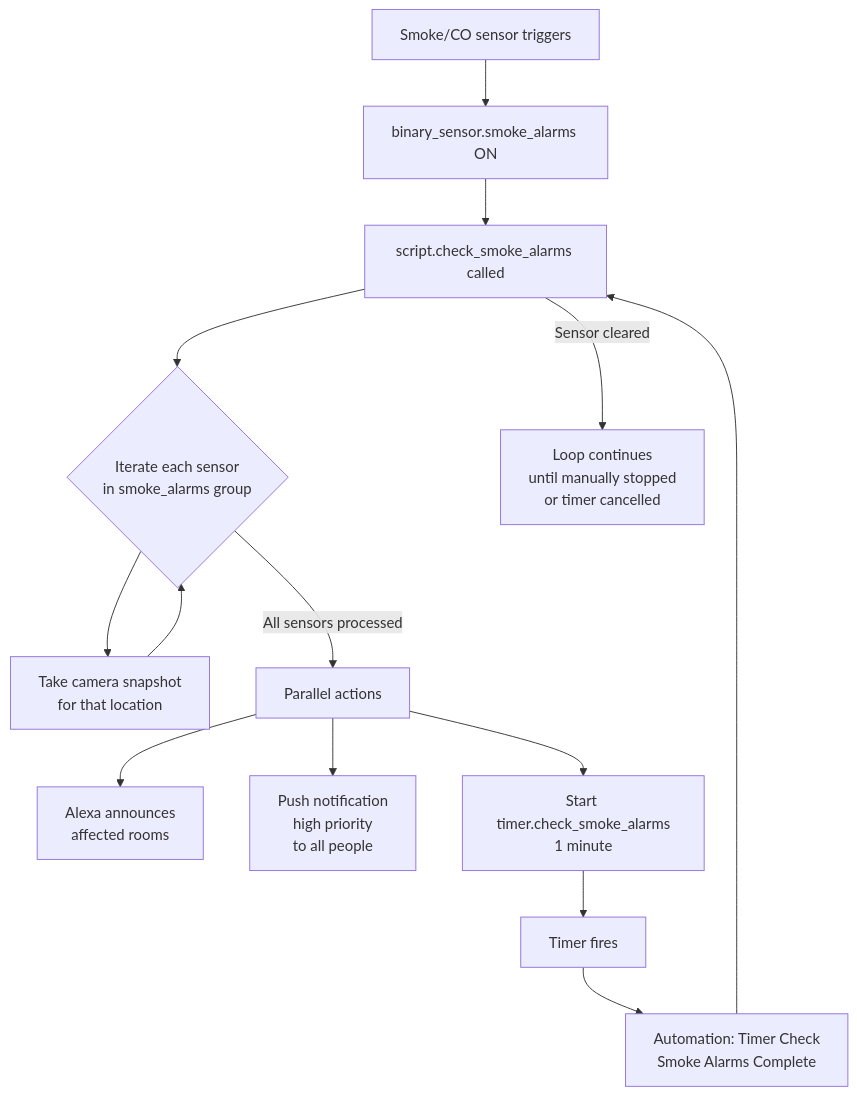
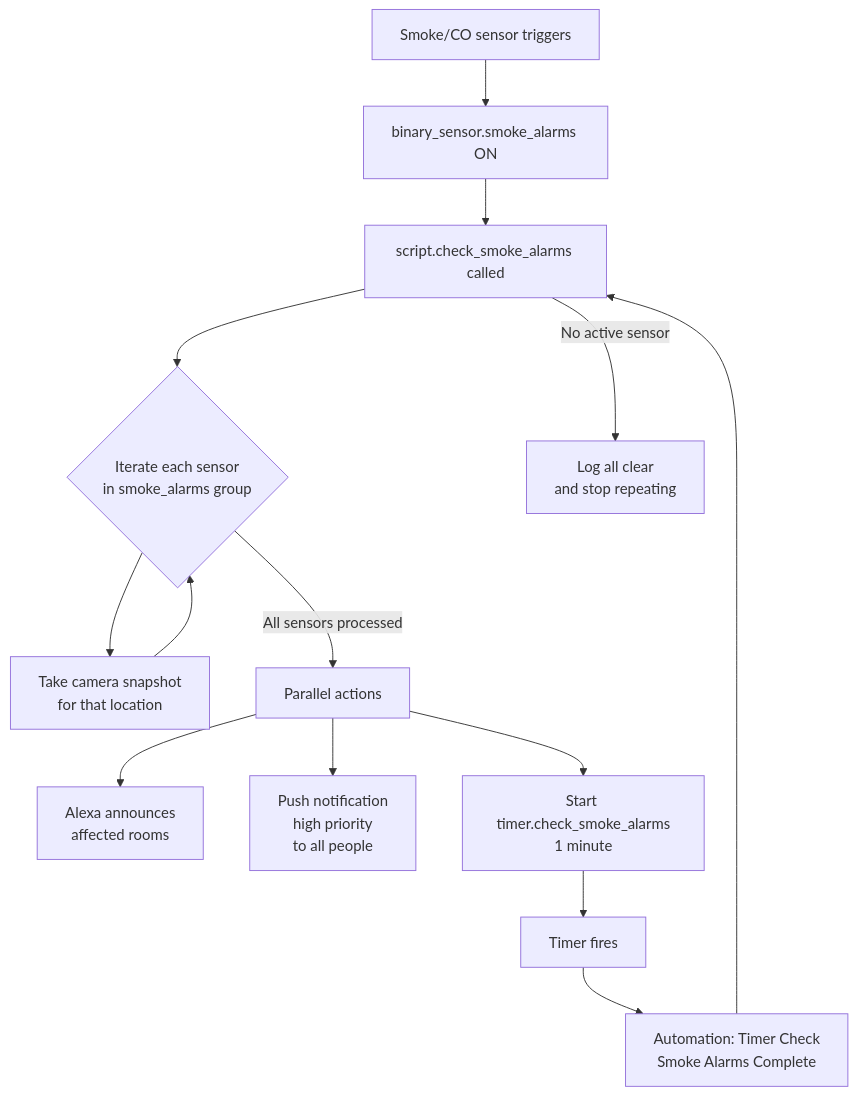
Before and after one commit to dannytsang/homeassistant-config: the diagram in packages/smoke_alarms_README.md, drawn with Mermaid. The commit also changed other lines of this file and 14 other files, not shown here.

````diff
--- a/packages/smoke_alarms_README.md
+++ b/packages/smoke_alarms_README.md
@@ -67,16 +68,16 @@
 ```mermaid
 flowchart TD
     A[Smoke/CO sensor triggers] --> B[binary_sensor.smoke_alarms ON]
     B --> C[script.check_smoke_alarms called]
     C --> D{Iterate each sensor\nin smoke_alarms group}
     D --> E[Take camera snapshot\nfor that location]
     E --> D
     D -->|All sensors processed| F[Parallel actions]
     F --> G[Alexa announces\naffected rooms]
     F --> H[Push notification\nhigh priority\nto all people]
     F --> I[Start timer.check_smoke_alarms\n1 minute]
     I --> J[Timer fires]
     J --> K[Automation: Timer Check\nSmoke Alarms Complete]
     K --> C
-    C -->|Sensor cleared| L[Loop continues\nuntil manually stopped\nor timer cancelled]
+    C -->|No active sensor| L[Log all clear\nand stop repeating]
 ```
````
